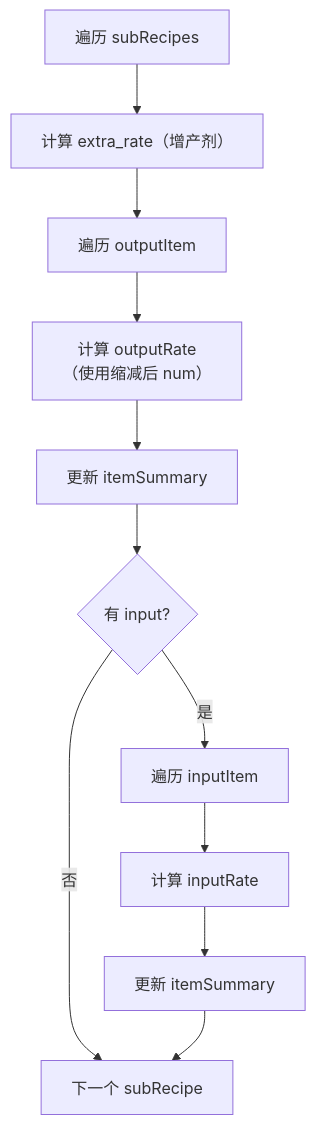
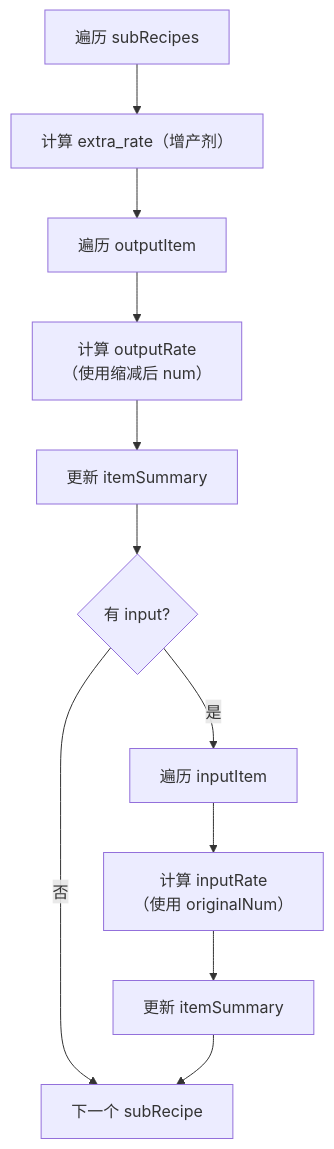
Before and after one commit to 793383996/DSQ: the eighth of 15 diagrams in localDocs/蓝图堆叠模块详细说明.md, drawn with Mermaid. The commit also changed other lines of this file and 9 other files, not shown here.

First line of the commit message:
docs: 添加本地文档说明蓝图、data模块和整体架构

````diff
--- a/localDocs/蓝图堆叠模块详细说明.md
+++ b/localDocs/蓝图堆叠模块详细说明.md
@@ -944,13 +946,13 @@
 ```mermaid
 flowchart TD
     A["遍历 subRecipes"] --> B["计算 extra_rate（增产剂）"]
     B --> C["遍历 outputItem"]
     C --> D["计算 outputRate<br/>（使用缩减后 num）"]
     D --> E["更新 itemSummary"]
     E --> F{"有 input?"}
     F -->|是| G["遍历 inputItem"]
-    G --> H["计算 inputRate"]
+    G --> H["计算 inputRate<br/>（使用 originalNum）"]
     H --> I["更新 itemSummary"]
     F -->|否| J["下一个 subRecipe"]
     I --> J
 ```
````
